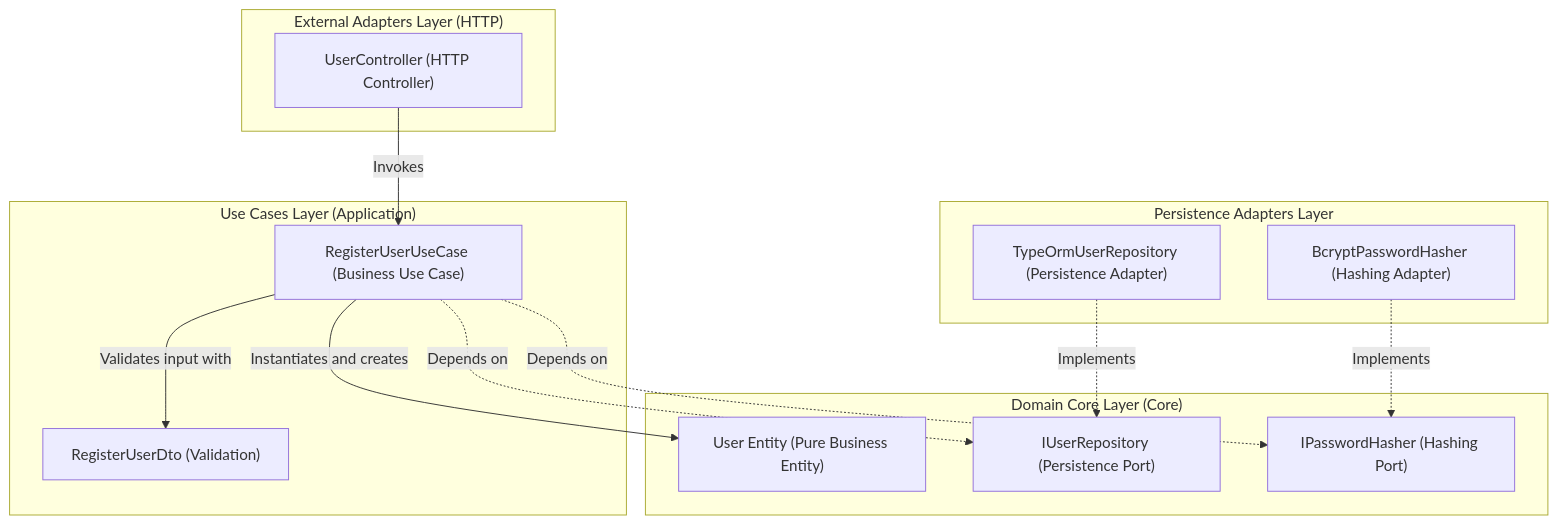
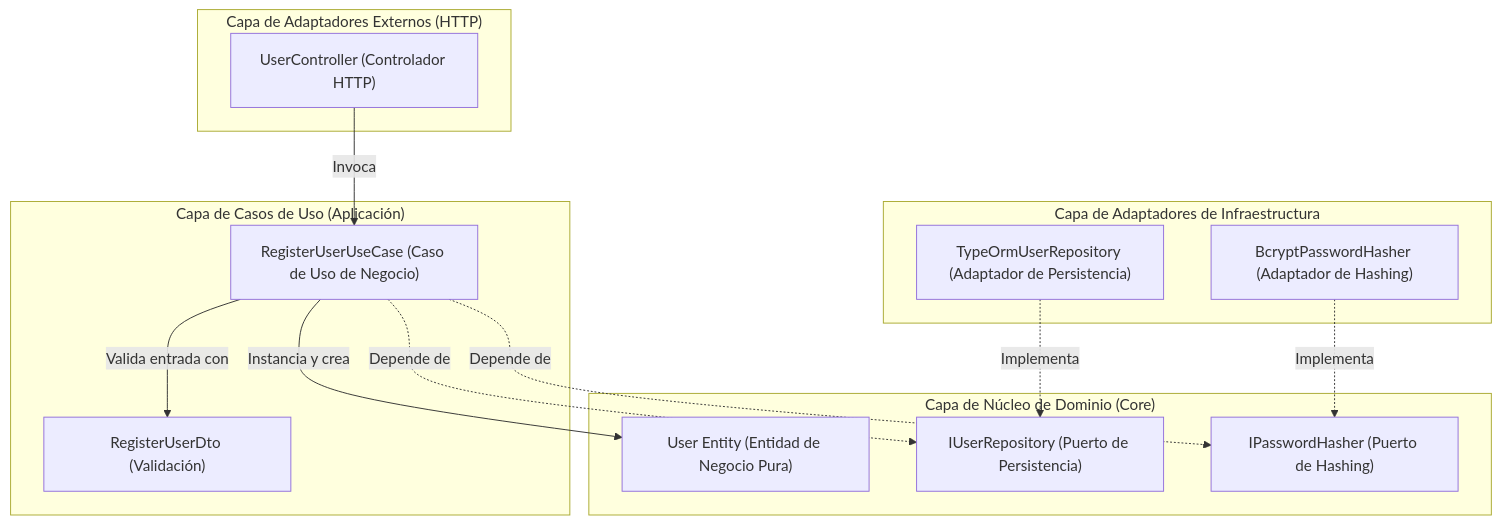
The third of 3 diagrams in architecture/blueprints-es/architecture-spec.md (beyondnetcode/ums), drawn with Mermaid before and after one commit. The commit also changed other lines of this file and 7 other files, not shown here.

Commit message:
docs: translate architectural blueprints to Spanish

````diff
--- a/architecture/blueprints-es/architecture-spec.md
+++ b/architecture/blueprints-es/architecture-spec.md
@@ -124,31 +122,31 @@
 ```mermaid
 graph TD
-    subgraph HTTP["External Adapters Layer (HTTP)"]
-        Controller["UserController (HTTP Controller)"]
+    subgraph HTTP["Capa de Adaptadores Externos (HTTP)"]
+        Controller["UserController (Controlador HTTP)"]
     end
 
-    subgraph Application["Use Cases Layer (Application)"]
-        UseCase["RegisterUserUseCase (Business Use Case)"]
-        DTO["RegisterUserDto (Validation)"]
+    subgraph Application["Capa de Casos de Uso (Aplicación)"]
+        UseCase["RegisterUserUseCase (Caso de Uso de Negocio)"]
+        DTO["RegisterUserDto (Validación)"]
     end
 
-    subgraph Core["Domain Core Layer (Core)"]
-        UserEntity["User Entity (Pure Business Entity)"]
-        IUserRepo["IUserRepository (Persistence Port)"]
-        IPassHasher["IPasswordHasher (Hashing Port)"]
+    subgraph Core["Capa de Núcleo de Dominio (Core)"]
+        UserEntity["User Entity (Entidad de Negocio Pura)"]
+        IUserRepo["IUserRepository (Puerto de Persistencia)"]
+        IPassHasher["IPasswordHasher (Puerto de Hashing)"]
     end
 
-    subgraph Infrastructure["Persistence Adapters Layer"]
-        TypeOrmRepo["TypeOrmUserRepository (Persistence Adapter)"]
-        BcryptHasher["BcryptPasswordHasher (Hashing Adapter)"]
+    subgraph Infrastructure["Capa de Adaptadores de Infraestructura"]
+        TypeOrmRepo["TypeOrmUserRepository (Adaptador de Persistencia)"]
+        BcryptHasher["BcryptPasswordHasher (Adaptador de Hashing)"]
     end
 
-    Controller -->|Invokes| UseCase
-    UseCase -->|Validates input with| DTO
-    UseCase -->|Instantiates and creates| UserEntity
-    UseCase -.->|Depends on| IUserRepo
-    UseCase -.->|Depends on| IPassHasher
+    Controller -->|Invoca| UseCase
+    UseCase -->|Valida entrada con| DTO
+    UseCase -->|Instancia y crea| UserEntity
+    UseCase -.->|Depende de| IUserRepo
+    UseCase -.->|Depende de| IPassHasher
 
-    TypeOrmRepo -.->|Implements| IUserRepo
-    BcryptHasher -.->|Implements| IPassHasher
+    TypeOrmRepo -.->|Implementa| IUserRepo
+    BcryptHasher -.->|Implementa| IPassHasher
 ```
````
